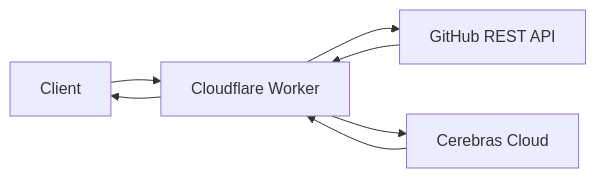
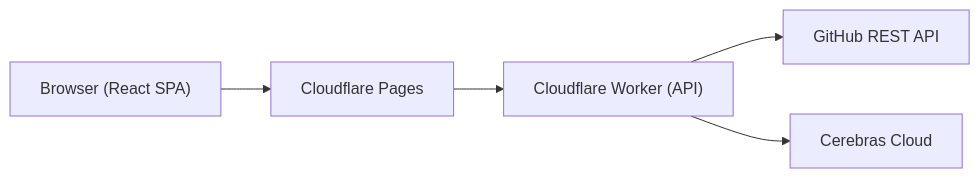
One commit to simon-escano/gitlore changed the diagram in README.md. Above: the diagram before and after it, drawn with Mermaid. The commit also changed other lines of this file, not shown here.

Commit message:
docs: update README for monorepo with frontend and API documentation

````diff
--- a/README.md
+++ b/README.md
@@ -11,9 +12,7 @@
 ```mermaid
 graph LR
-    A["Client"] --> B["Cloudflare Worker"]
-    B --> C["GitHub REST API"]
-    B --> D["Cerebras Cloud"]
-    C --> B
-    D --> B
-    B --> A
+    A["Browser (React SPA)"] --> B["Cloudflare Pages"]
+    B --> C["Cloudflare Worker (API)"]
+    C --> D["GitHub REST API"]
+    C --> E["Cerebras Cloud"]
 ```
````
